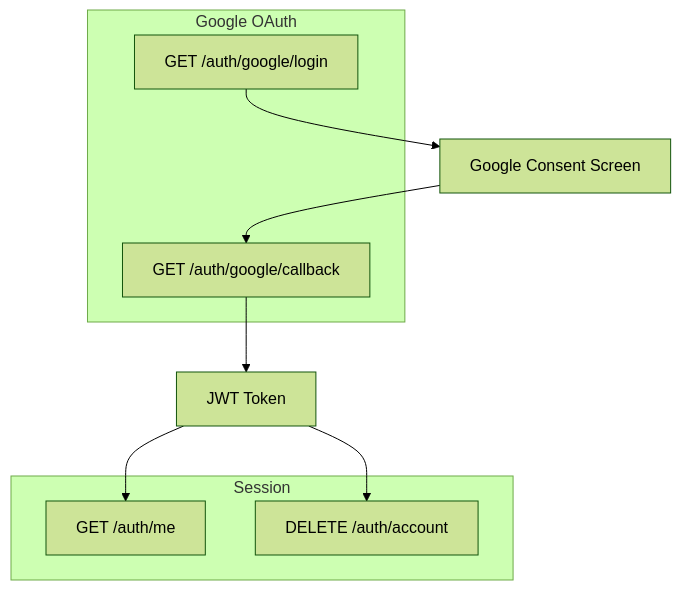
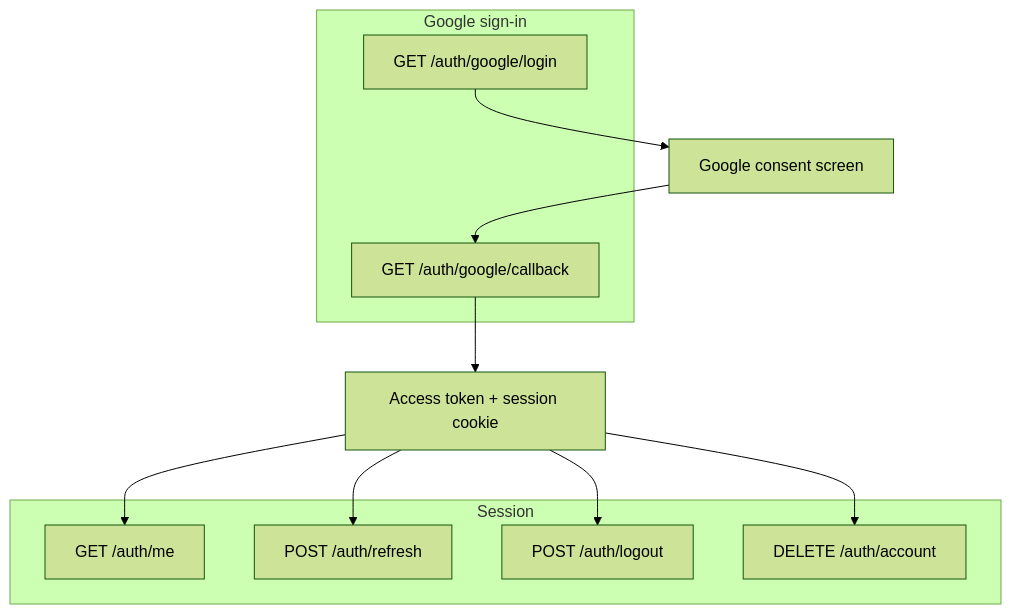
The diagram in docs/api/authentication.md (IcedMallard4334/Chronicles-Logbook), drawn with Mermaid (forest theme) before and after one commit. The commit also changed other lines of this file and 55 other files, not shown here.

First line of the commit message:
docs+fix: decision log, diagrams, accessibility audit fixes, drawer overlay

````diff
--- a/docs/api/authentication.md
+++ b/docs/api/authentication.md
@@ -5,18 +13,22 @@
 ```mermaid
 flowchart TD
-    subgraph OAuth["Google OAuth"]
+    subgraph OAuth["Google sign-in"]
         GLogin[GET /auth/google/login]
         GCallback[GET /auth/google/callback]
     end
 
     subgraph Session["Session"]
         Me[GET /auth/me]
+        Refresh[POST /auth/refresh]
+        Logout[POST /auth/logout]
         Delete[DELETE /auth/account]
     end
 
-    GLogin --> Google[Google Consent Screen]
+    GLogin --> Google[Google consent screen]
     Google --> GCallback
-    GCallback --> JWT[JWT Token]
+    GCallback --> JWT[Access token + session cookie]
     JWT --> Me
+    JWT --> Refresh
+    JWT --> Logout
     JWT --> Delete
 ```
````
